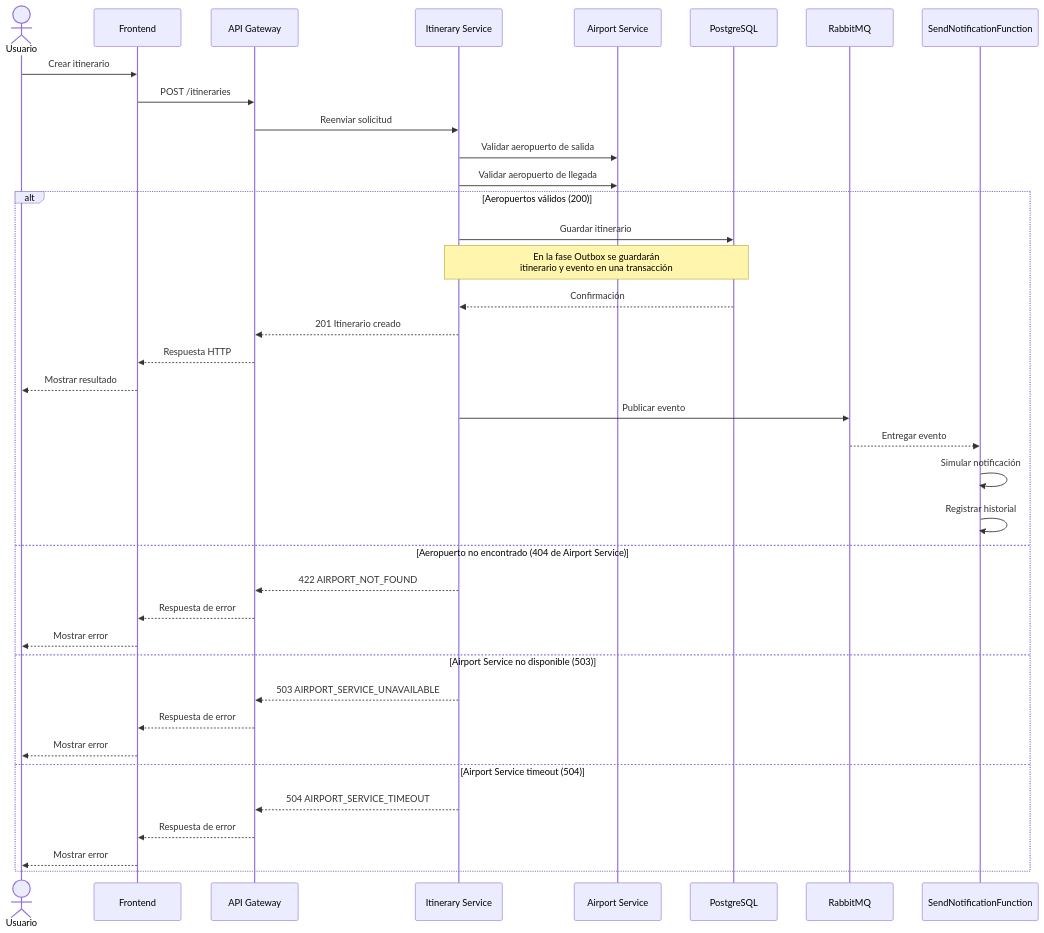
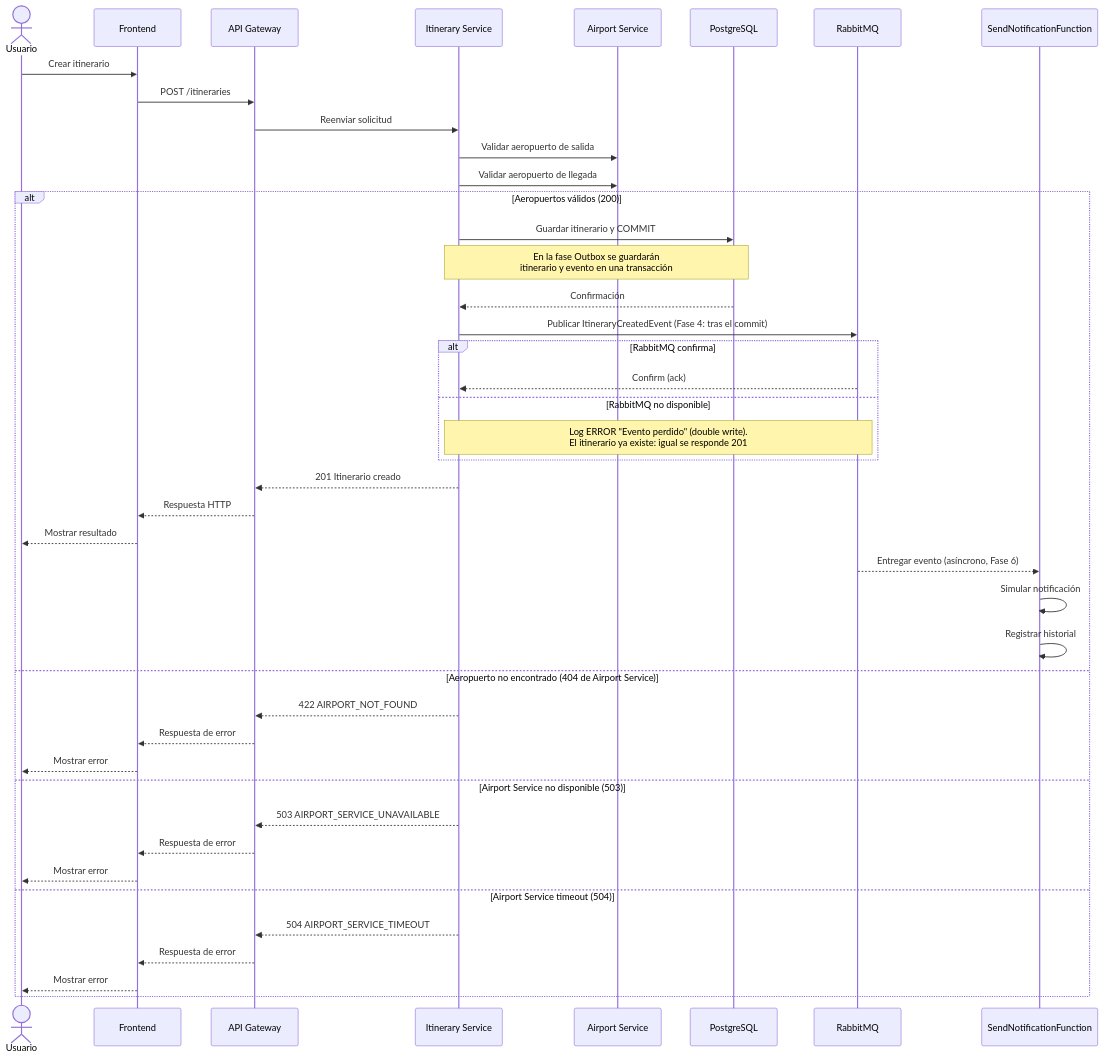
One commit to JUANGR12192004/sistema-itinerarios-personales changed the third of 5 diagrams in docs/05-diagramas.md. Above: the diagram before and after it, drawn with Mermaid. The commit also changed other lines of this file and 5 other files, not shown here.

````diff
--- a/docs/05-diagramas.md
+++ b/docs/05-diagramas.md
@@ -89,44 +89,49 @@
 ```mermaid
 sequenceDiagram
     actor Usuario
     participant FE as Frontend
     participant GW as API Gateway
     participant IS as Itinerary Service
     participant AS as Airport Service
     participant DB as PostgreSQL
     participant MQ as RabbitMQ
     participant NF as SendNotificationFunction
 
     Usuario->>FE: Crear itinerario
     FE->>GW: POST /itineraries
     GW->>IS: Reenviar solicitud
 
     IS->>AS: Validar aeropuerto de salida
     IS->>AS: Validar aeropuerto de llegada
 
     alt Aeropuertos válidos (200)
-        IS->>DB: Guardar itinerario
+        IS->>DB: Guardar itinerario y COMMIT
         Note over IS,DB: En la fase Outbox se guardarán<br/>itinerario y evento en una transacción
         DB-->>IS: Confirmación
+        IS->>MQ: Publicar ItineraryCreatedEvent (Fase 4: tras el commit)
+        alt RabbitMQ confirma
+            MQ-->>IS: Confirm (ack)
+        else RabbitMQ no disponible
+            Note over IS,MQ: Log ERROR "Evento perdido" (double write).<br/>El itinerario ya existe: igual se responde 201
+        end
         IS-->>GW: 201 Itinerario creado
         GW-->>FE: Respuesta HTTP
         FE-->>Usuario: Mostrar resultado
 
-        IS->>MQ: Publicar evento
-        MQ-->>NF: Entregar evento
+        MQ-->>NF: Entregar evento (asíncrono, Fase 6)
         NF->>NF: Simular notificación
         NF->>NF: Registrar historial
     else Aeropuerto no encontrado (404 de Airport Service)
         IS-->>GW: 422 AIRPORT_NOT_FOUND
         GW-->>FE: Respuesta de error
         FE-->>Usuario: Mostrar error
     else Airport Service no disponible (503)
         IS-->>GW: 503 AIRPORT_SERVICE_UNAVAILABLE
         GW-->>FE: Respuesta de error
         FE-->>Usuario: Mostrar error
     else Airport Service timeout (504)
         IS-->>GW: 504 AIRPORT_SERVICE_TIMEOUT
         GW-->>FE: Respuesta de error
         FE-->>Usuario: Mostrar error
     end
 ```
````
